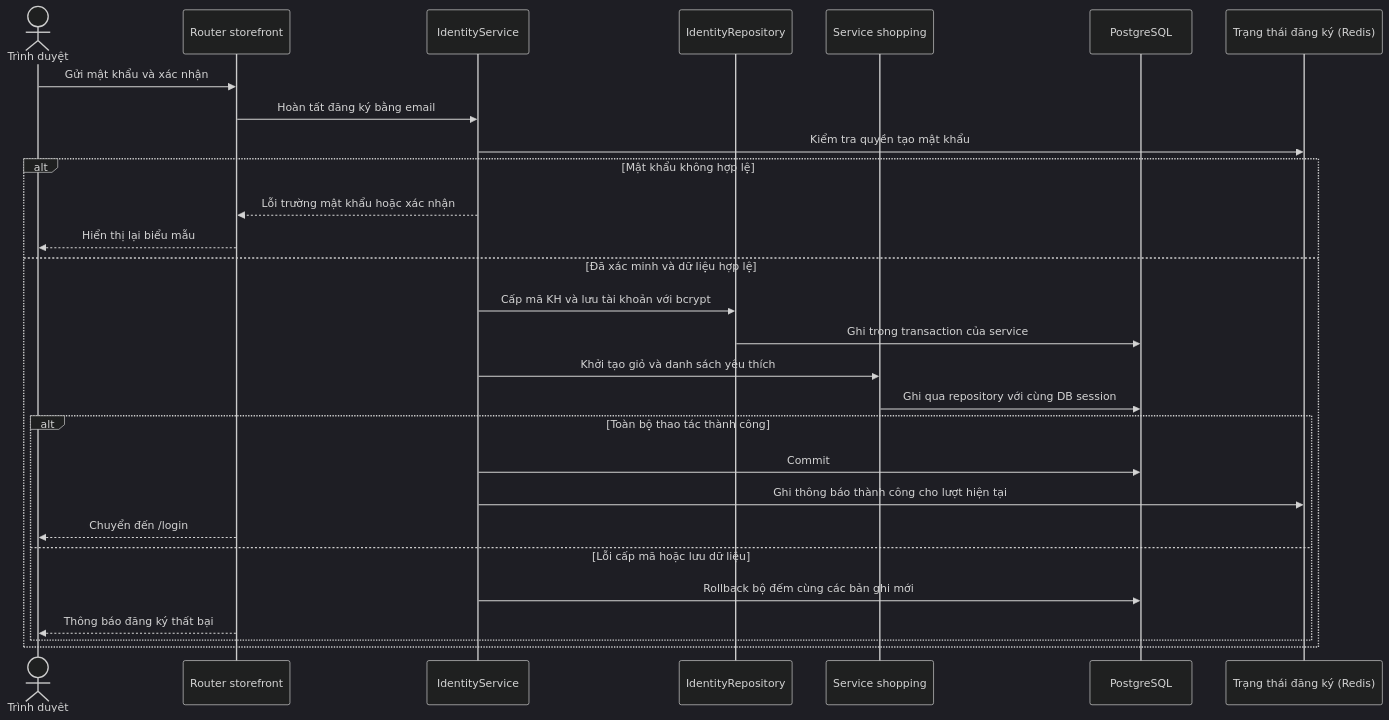
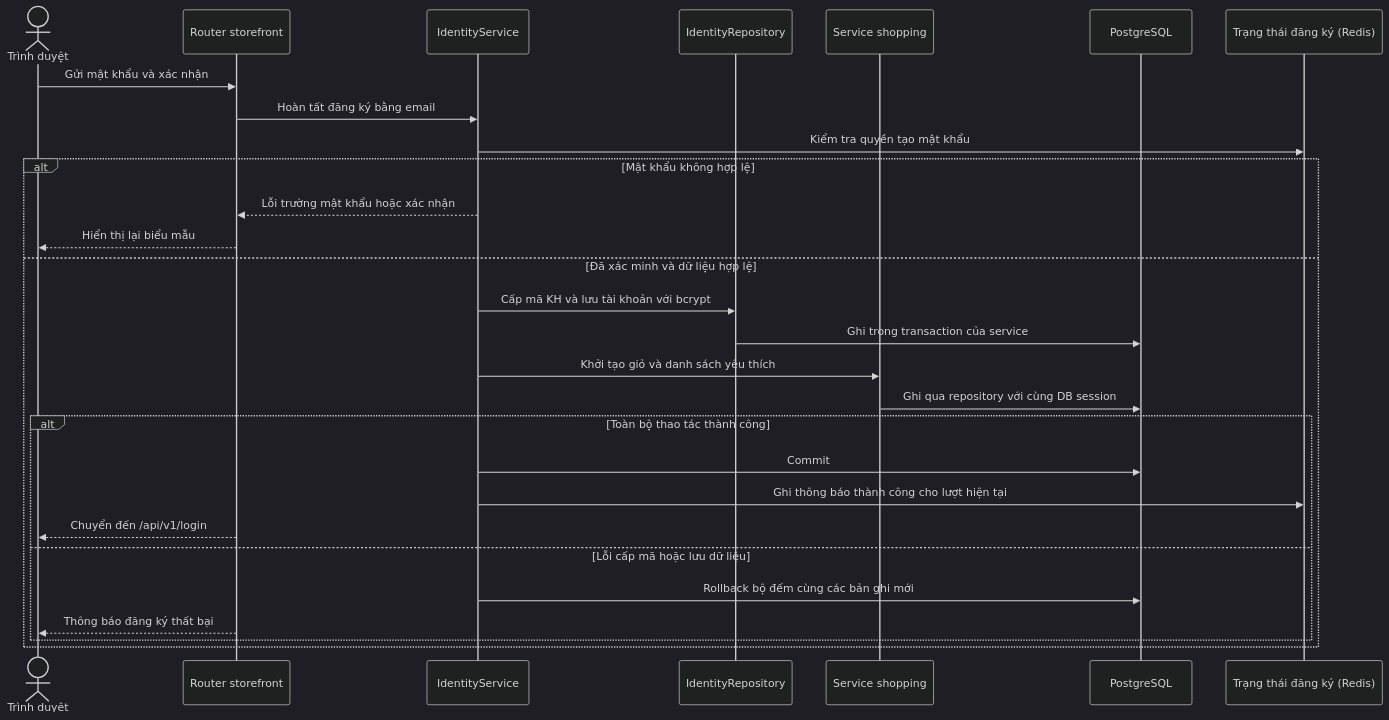
The diagram in docs/sequence/identity/post-register-password.md (thanhklt/sobie-swimwear-e-commerce), drawn with Mermaid (dark theme) before and after one commit. The commit also changed 72 other files, not shown here.

````diff
--- a/docs/sequence/identity/post-register-password.md
+++ b/docs/sequence/identity/post-register-password.md
@@ -5,30 +5,30 @@
 ```mermaid
 sequenceDiagram
     actor Browser as Trình duyệt
     participant Route as Router storefront
     participant Service as IdentityService
     participant Repo as IdentityRepository
     participant Shopping as Service shopping
     participant DB as PostgreSQL
     participant Redis as Trạng thái đăng ký (Redis)
     Browser->>Route: Gửi mật khẩu và xác nhận
     Route->>Service: Hoàn tất đăng ký bằng email
     Service->>Redis: Kiểm tra quyền tạo mật khẩu
     alt Mật khẩu không hợp lệ
         Service-->>Route: Lỗi trường mật khẩu hoặc xác nhận
         Route-->>Browser: Hiển thị lại biểu mẫu
     else Đã xác minh và dữ liệu hợp lệ
         Service->>Repo: Cấp mã KH và lưu tài khoản với bcrypt
         Repo->>DB: Ghi trong transaction của service
         Service->>Shopping: Khởi tạo giỏ và danh sách yêu thích
         Shopping->>DB: Ghi qua repository với cùng DB session
         alt Toàn bộ thao tác thành công
             Service->>DB: Commit
             Service->>Redis: Ghi thông báo thành công cho lượt hiện tại
-            Route-->>Browser: Chuyển đến /login
+            Route-->>Browser: Chuyển đến /api/v1/login
         else Lỗi cấp mã hoặc lưu dữ liệu
             Service->>DB: Rollback bộ đếm cùng các bản ghi mới
             Route-->>Browser: Thông báo đăng ký thất bại
         end
     end
 ```
````
